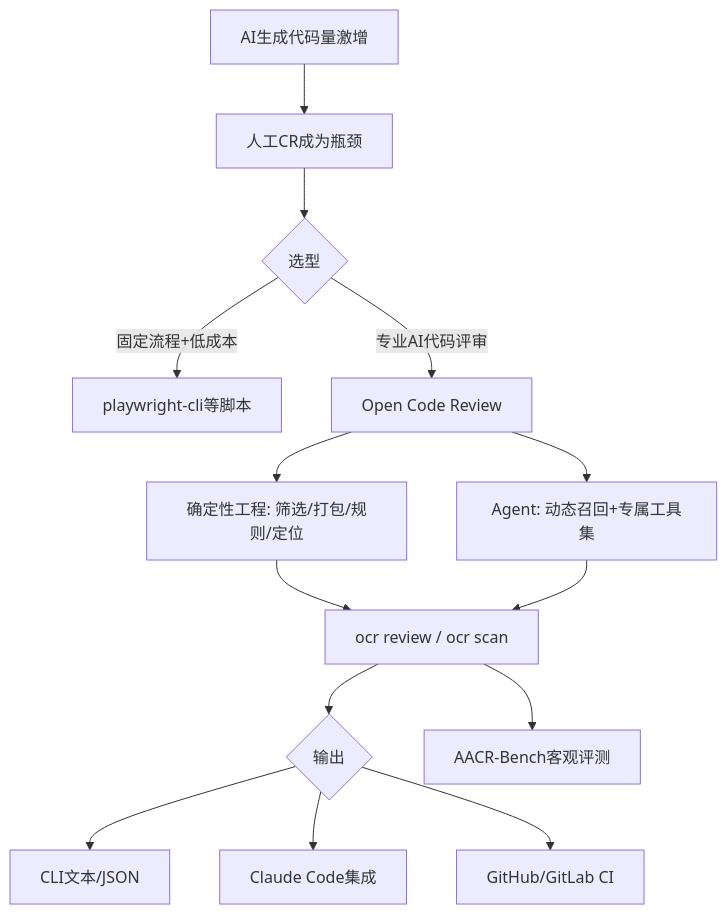
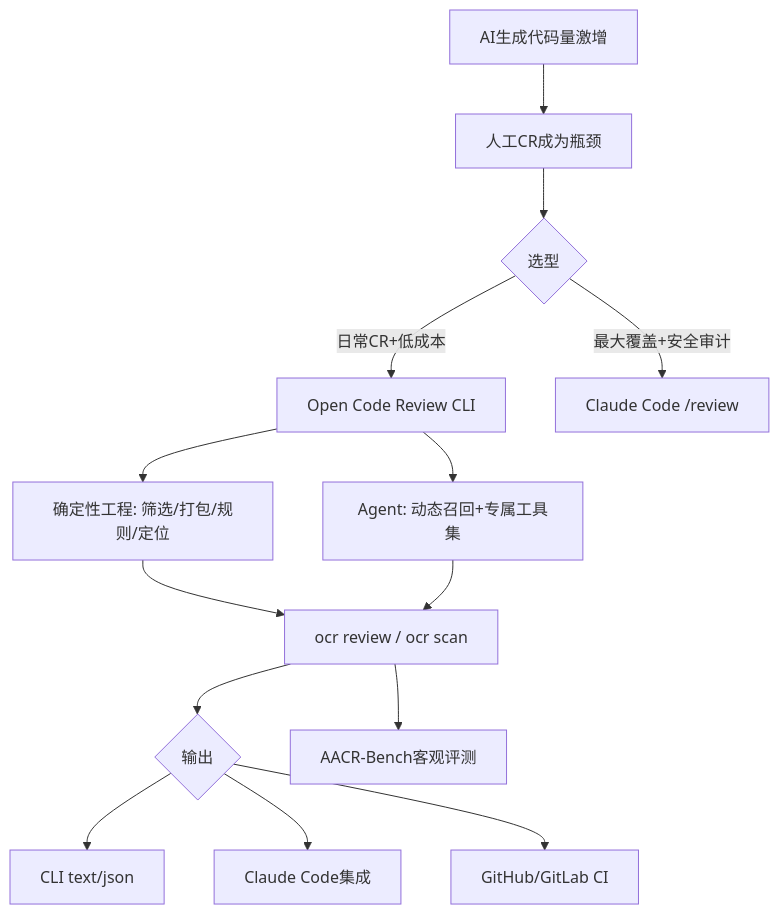
The second of 2 diagrams in 笔记仓库/大厂技术文章-DailyTech/阿里重磅开源！Open Code Review：一周 5k star，为你的代码保驾护航.md (bigbeasser/WorkNote), drawn with Mermaid before and after one commit. The commit also changed other lines of this file and 98 other files, not shown here.

````diff
--- a/笔记仓库/大厂技术文章-DailyTech/阿里重磅开源！Open Code Review：一周 5k star，为你的代码保驾护航.md
+++ b/笔记仓库/大厂技术文章-DailyTech/阿里重磅开源！Open Code Review：一周 5k star，为你的代码保驾护航.md
@@ -630,16 +536,16 @@
 ```mermaid
 flowchart TD
     A[AI生成代码量激增] --> B[人工CR成为瓶颈]
     B --> C{选型}
-    C -->|固定流程+低成本| D[playwright-cli等脚本]
-    C -->|专业AI代码评审| E[Open Code Review]
-    E --> F[确定性工程: 筛选/打包/规则/定位]
-    E --> G[Agent: 动态召回+专属工具集]
+    C -->|日常CR+低成本| D[Open Code Review CLI]
+    C -->|最大覆盖+安全审计| E[Claude Code /review]
+    D --> F[确定性工程: 筛选/打包/规则/定位]
+    D --> G[Agent: 动态召回+专属工具集]
     F --> H[ocr review / ocr scan]
     G --> H
     H --> I{输出}
-    I --> J[CLI文本/JSON]
+    I --> J[CLI text/json]
     I --> K[Claude Code集成]
     I --> L[GitHub/GitLab CI]
     H --> M[AACR-Bench客观评测]
 ```
````
